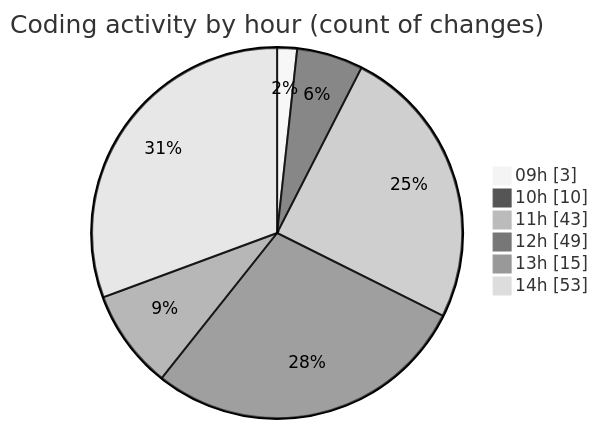
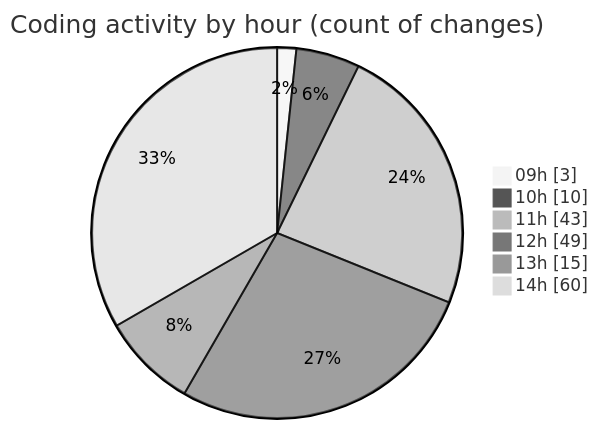
One commit to momahboobian/code-tracking changed the second of 2 diagrams in 2026-01-22/cda/README.md. Above: the diagram before and after it, drawn with Mermaid (neutral theme). The commit also changed other lines of this file and 1 other file, not shown here.

````diff
--- a/2026-01-22/cda/README.md
+++ b/2026-01-22/cda/README.md
@@ -90,10 +91,10 @@
 ```mermaid
 pie showData
 title Coding activity by hour (count of changes)
 "09h" : 3
 "10h" : 10
 "11h" : 43
 "12h" : 49
 "13h" : 15
-"14h" : 53
+"14h" : 60
 ```
````
